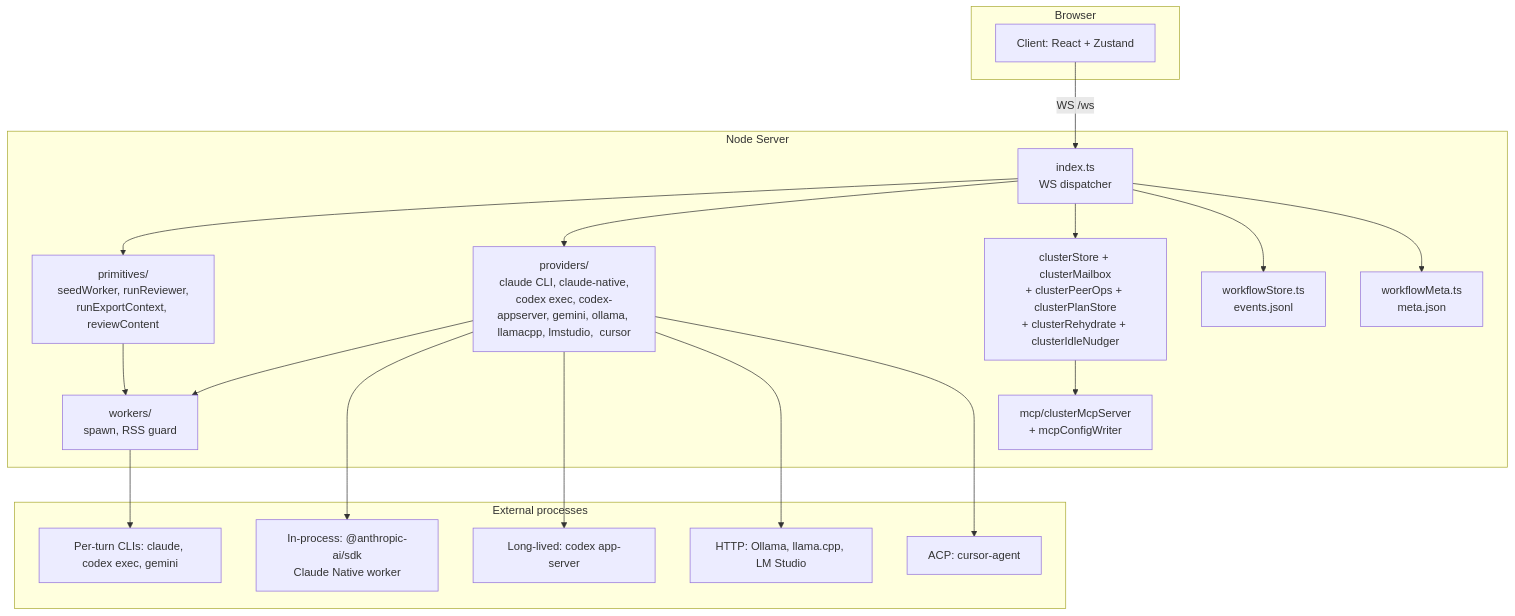
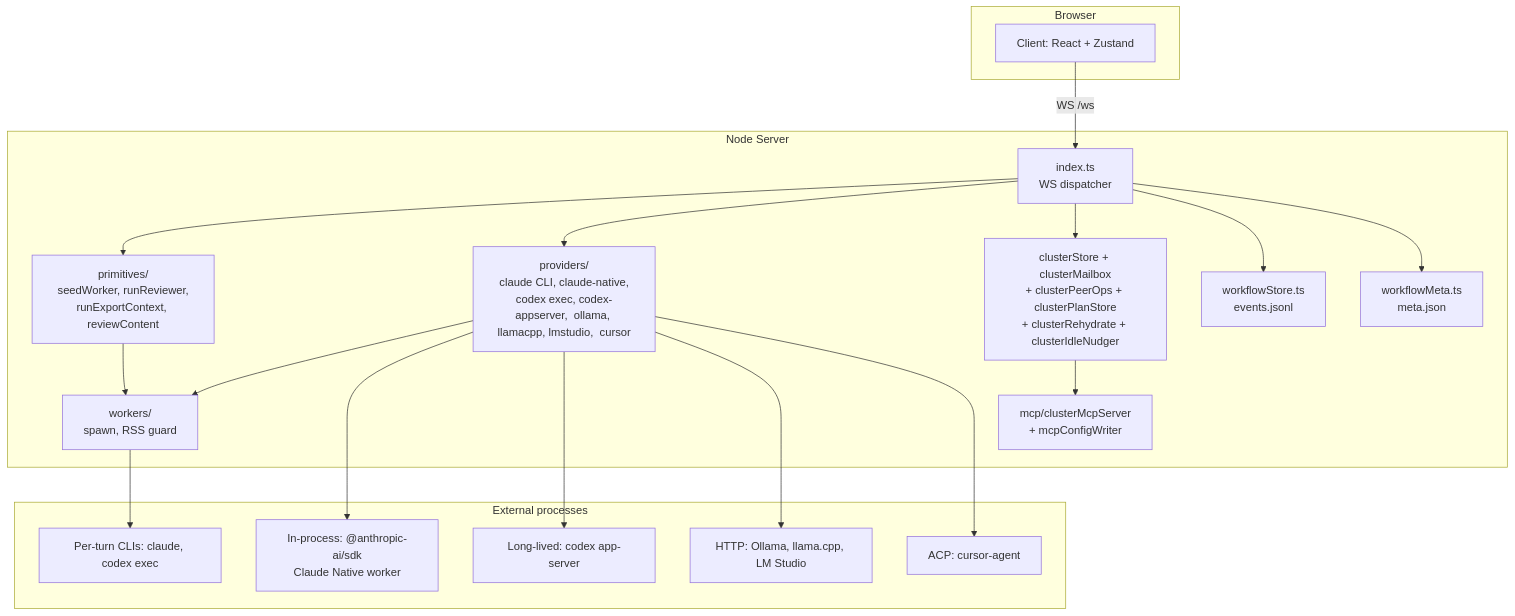
Before and after one commit to ghreprimand/arco: the first of 2 diagrams in docs/ARCHITECTURE.md, drawn with Mermaid. The commit also changed other lines of this file and 157 other files, not shown here.

````diff
--- a/docs/ARCHITECTURE.md
+++ b/docs/ARCHITECTURE.md
@@ -181,37 +181,37 @@
 ```mermaid
 graph TB
     subgraph Browser
       C[Client: React + Zustand]
     end
     subgraph "Node Server"
       S[index.ts<br/>WS dispatcher]
       P[primitives/<br/>seedWorker, runReviewer,<br/>runExportContext, reviewContent]
-      V[providers/<br/>claude CLI, claude-native,<br/>codex exec, codex-appserver, gemini, ollama, llamacpp, lmstudio,  cursor]
+      V[providers/<br/>claude CLI, claude-native,<br/>codex exec, codex-appserver,  ollama, llamacpp, lmstudio,  cursor]
       W[workers/<br/>spawn, RSS guard]
       ST[workflowStore.ts<br/>events.jsonl]
       M[workflowMeta.ts<br/>meta.json]
       CL[clusterStore + clusterMailbox<br/>+ clusterPeerOps + clusterPlanStore<br/>+ clusterRehydrate + clusterIdleNudger]
       MCP[mcp/clusterMcpServer<br/>+ mcpConfigWriter]
     end
     subgraph "External processes"
-      CLI[Per-turn CLIs: claude, codex exec, gemini]
+      CLI[Per-turn CLIs: claude, codex exec]
       NAT[In-process: @anthropic-ai/sdk<br/>Claude Native worker]
       APP[Long-lived: codex app-server]
       OL[HTTP: Ollama, llama.cpp, LM Studio]
       CUR[ACP: cursor-agent]
     end
     C -- WS /ws --> S
     S --> P
     S --> V
     S --> CL
     CL --> MCP
     P --> W
     V --> W
     W --> CLI
     V --> NAT
     V --> APP
     V --> OL
     V --> CUR
     S --> ST
     S --> M
 ```
````
